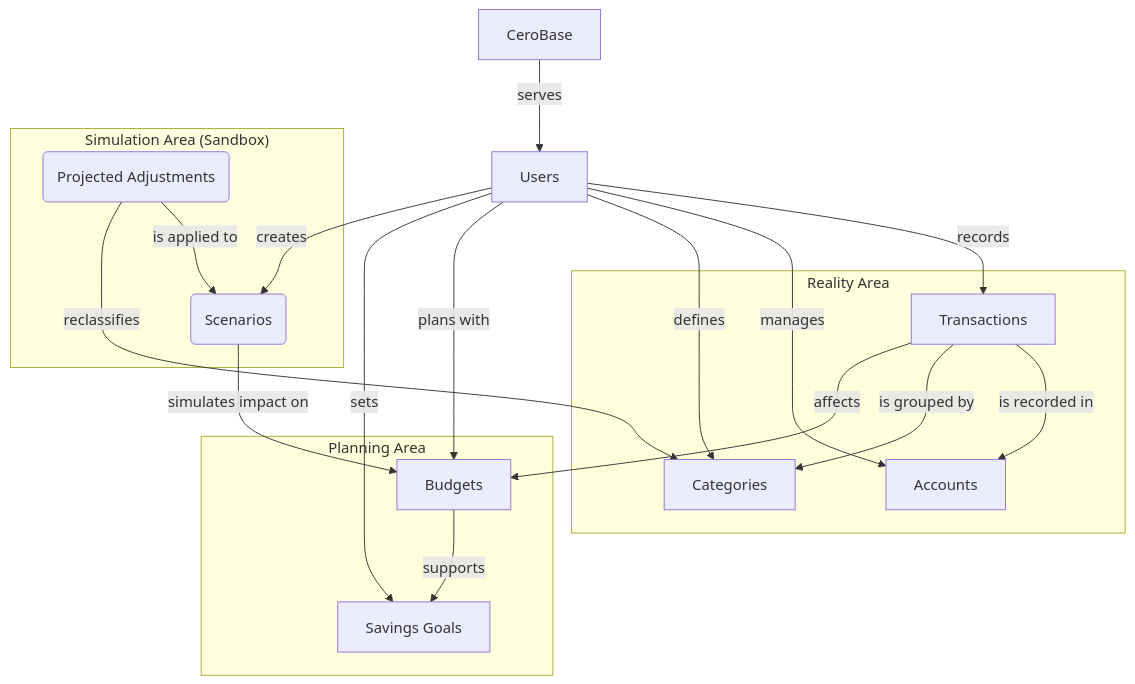
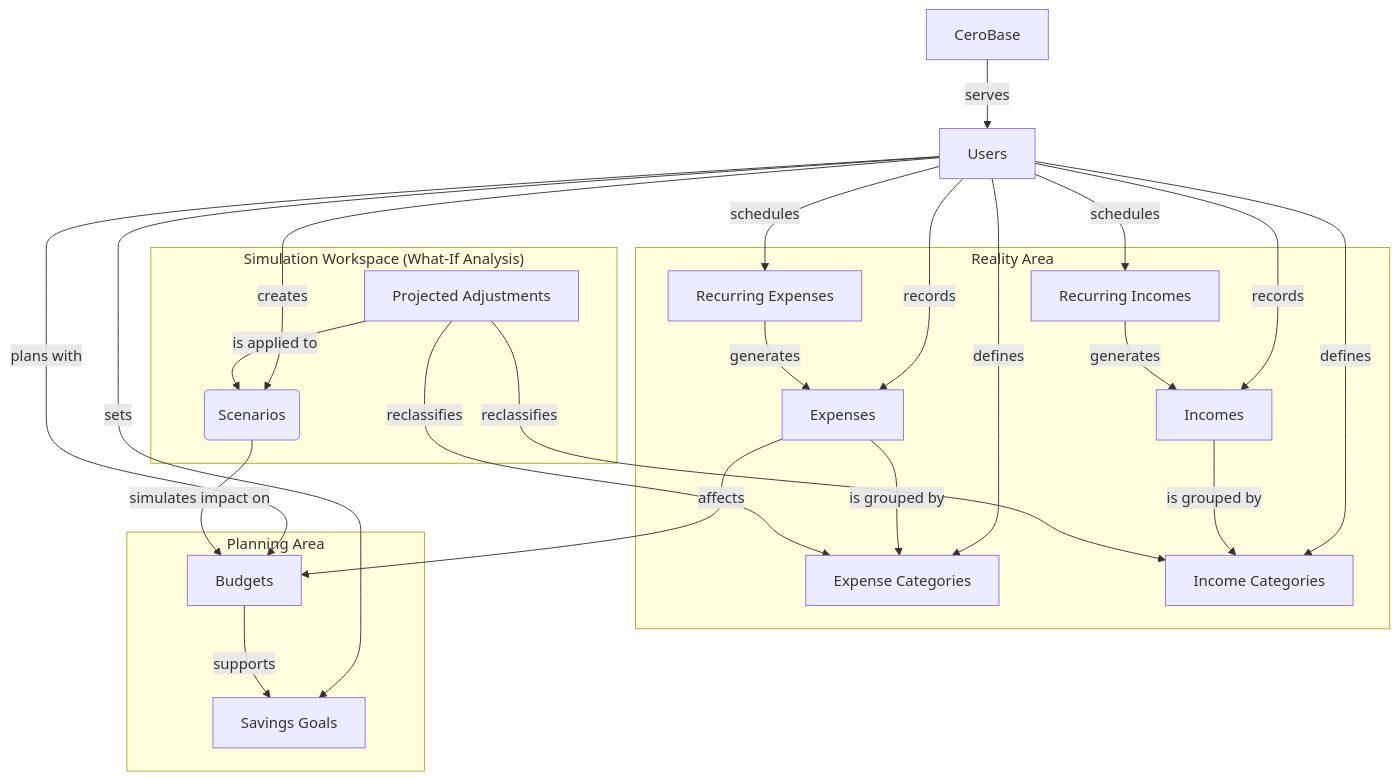
The diagram in README.md (AdrianAVA9/finance-tracker), drawn with Mermaid before and after one commit.

Commit message:
refactor: enhance README domain model with updated terminology and improved user interaction flow in Mermaid diagram

````diff
--- a/README.md
+++ b/README.md
@@ -9,38 +9,47 @@
 ```mermaid
 graph TD
   CeroBase[CeroBase]
   Users[Users]
 
   CeroBase -- "serves" --> Users
 
-  subgraph Reality_Area["Reality Area"]
-    Transactions[Transactions]
-    Accounts[Accounts]
-    Categories[Categories]
+  subgraph reality["Reality Area"]
+    Expenses[Expenses]
+    Incomes[Incomes]
+    ExpenseCategories[Expense Categories]
+    IncomeCategories[Income Categories]
+    RecurringExpenses[Recurring Expenses]
+    RecurringIncomes[Recurring Incomes]
   end
 
-  subgraph Planning_Area["Planning Area"]
+  subgraph planning["Planning Area"]
     Budgets[Budgets]
     SavingsGoals[Savings Goals]
   end
 
-  subgraph Simulation_Area["Simulation Area (Sandbox)"]
+  subgraph simulation["Simulation Workspace (What-If Analysis)"]
     Scenarios(Scenarios)
-    ProjectedAdjustments(Projected Adjustments)
+    ProjectedAdjustments["Projected Adjustments"]
   end
 
-  Users -- "records" --> Transactions
-  Users -- "manages" --> Accounts
-  Users -- "defines" --> Categories
+  Users -- "records" --> Expenses
+  Users -- "records" --> Incomes
+  Users -- "defines" --> ExpenseCategories
+  Users -- "defines" --> IncomeCategories
+  Users -- "schedules" --> RecurringExpenses
+  Users -- "schedules" --> RecurringIncomes
   Users -- "plans with" --> Budgets
   Users -- "sets" --> SavingsGoals
   Users -- "creates" --> Scenarios
 
-  Transactions -- "is recorded in" --> Accounts
-  Transactions -- "is grouped by" --> Categories
-  Transactions -- "affects" --> Budgets
+  Expenses -- "is grouped by" --> ExpenseCategories
+  Incomes -- "is grouped by" --> IncomeCategories
+  Expenses -- "affects" --> Budgets
+  RecurringExpenses -- "generates" --> Expenses
+  RecurringIncomes -- "generates" --> Incomes
   Budgets -- "supports" --> SavingsGoals
   Scenarios -- "simulates impact on" --> Budgets
   ProjectedAdjustments -- "is applied to" --> Scenarios
-  ProjectedAdjustments -- "reclassifies" --> Categories
+  ProjectedAdjustments -- "reclassifies" --> ExpenseCategories
+  ProjectedAdjustments -- "reclassifies" --> IncomeCategories
 ```
````
